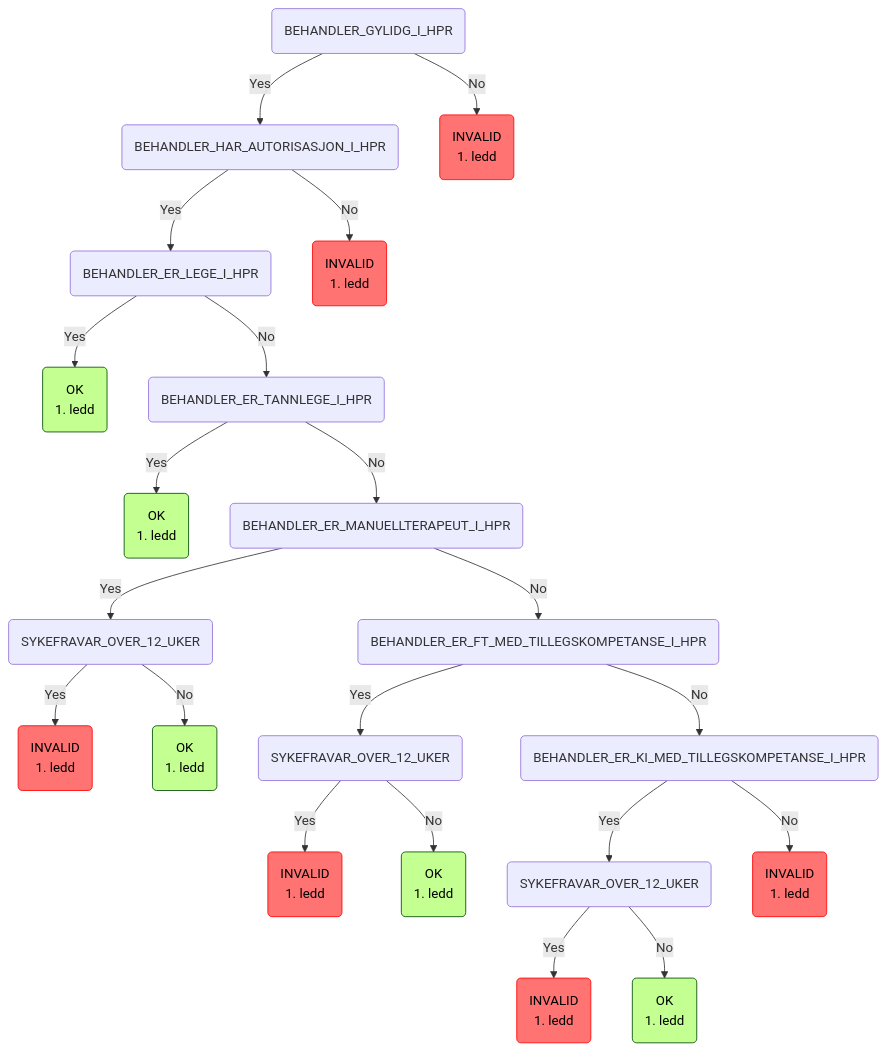
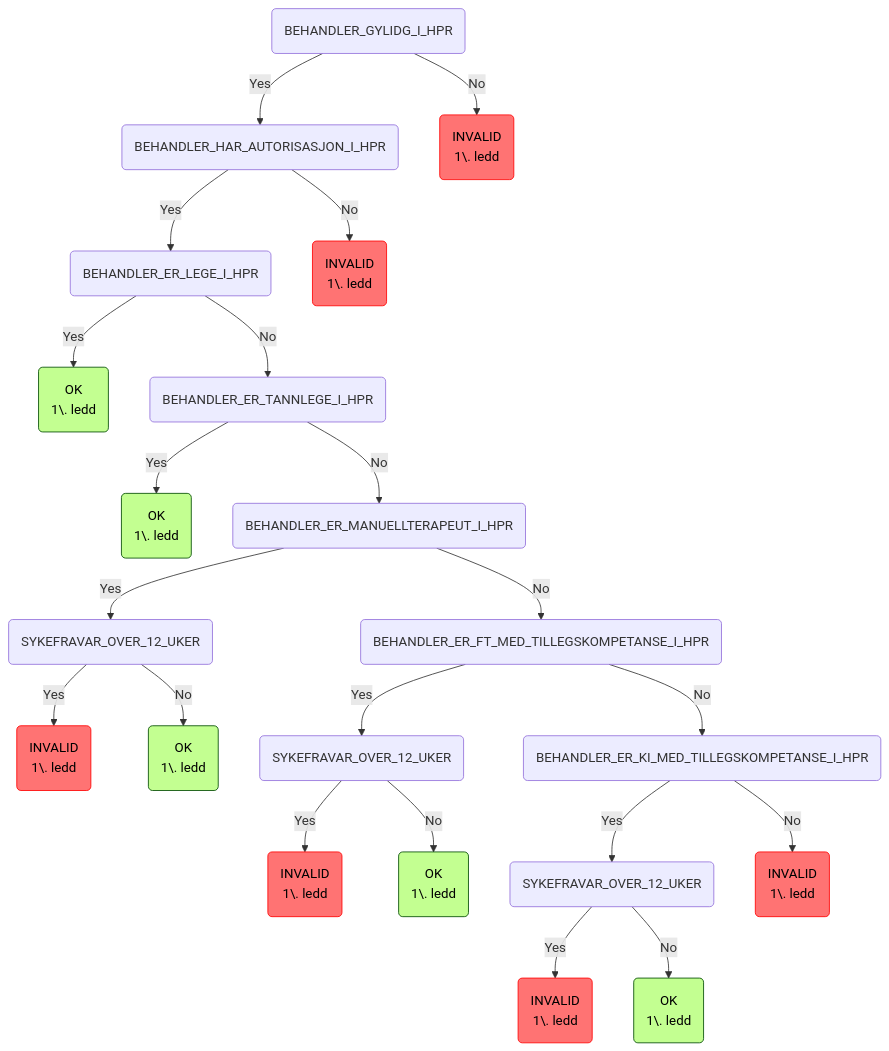
The fifth of 9 diagrams in README.md (navikt/syfosmregler), drawn with Mermaid before and after one commit. The commit also changed other lines of this file and 1 other file, not shown here.

Commit message:
Fix/mermaid (#324)

````diff
--- a/README.md
+++ b/README.md
@@ -191,37 +170,37 @@
 ```mermaid
 graph TD
     root(BEHANDLER_GYLIDG_I_HPR) -->|Yes| root_BEHANDLER_GYLIDG_I_HPR_BEHANDLER_HAR_AUTORISASJON_I_HPR(BEHANDLER_HAR_AUTORISASJON_I_HPR)
     root_BEHANDLER_GYLIDG_I_HPR_BEHANDLER_HAR_AUTORISASJON_I_HPR(BEHANDLER_HAR_AUTORISASJON_I_HPR) -->|Yes| root_BEHANDLER_GYLIDG_I_HPR_BEHANDLER_HAR_AUTORISASJON_I_HPR_BEHANDLER_ER_LEGE_I_HPR(BEHANDLER_ER_LEGE_I_HPR)
     root_BEHANDLER_GYLIDG_I_HPR_BEHANDLER_HAR_AUTORISASJON_I_HPR_BEHANDLER_ER_LEGE_I_HPR(BEHANDLER_ER_LEGE_I_HPR) -->|Yes| root_BEHANDLER_GYLIDG_I_HPR_BEHANDLER_HAR_AUTORISASJON_I_HPR_BEHANDLER_ER_LEGE_I_HPR_OK(OK
-1. ledd):::ok
+1\. ledd):::ok
     root_BEHANDLER_GYLIDG_I_HPR_BEHANDLER_HAR_AUTORISASJON_I_HPR_BEHANDLER_ER_LEGE_I_HPR(BEHANDLER_ER_LEGE_I_HPR) -->|No| root_BEHANDLER_GYLIDG_I_HPR_BEHANDLER_HAR_AUTORISASJON_I_HPR_BEHANDLER_ER_LEGE_I_HPR_BEHANDLER_ER_TANNLEGE_I_HPR(BEHANDLER_ER_TANNLEGE_I_HPR)
     root_BEHANDLER_GYLIDG_I_HPR_BEHANDLER_HAR_AUTORISASJON_I_HPR_BEHANDLER_ER_LEGE_I_HPR_BEHANDLER_ER_TANNLEGE_I_HPR(BEHANDLER_ER_TANNLEGE_I_HPR) -->|Yes| root_BEHANDLER_GYLIDG_I_HPR_BEHANDLER_HAR_AUTORISASJON_I_HPR_BEHANDLER_ER_LEGE_I_HPR_BEHANDLER_ER_TANNLEGE_I_HPR_OK(OK
-1. ledd):::ok
+1\. ledd):::ok
     root_BEHANDLER_GYLIDG_I_HPR_BEHANDLER_HAR_AUTORISASJON_I_HPR_BEHANDLER_ER_LEGE_I_HPR_BEHANDLER_ER_TANNLEGE_I_HPR(BEHANDLER_ER_TANNLEGE_I_HPR) -->|No| root_BEHANDLER_GYLIDG_I_HPR_BEHANDLER_HAR_AUTORISASJON_I_HPR_BEHANDLER_ER_LEGE_I_HPR_BEHANDLER_ER_TANNLEGE_I_HPR_BEHANDLER_ER_MANUELLTERAPEUT_I_HPR(BEHANDLER_ER_MANUELLTERAPEUT_I_HPR)
     root_BEHANDLER_GYLIDG_I_HPR_BEHANDLER_HAR_AUTORISASJON_I_HPR_BEHANDLER_ER_LEGE_I_HPR_BEHANDLER_ER_TANNLEGE_I_HPR_BEHANDLER_ER_MANUELLTERAPEUT_I_HPR(BEHANDLER_ER_MANUELLTERAPEUT_I_HPR) -->|Yes| root_BEHANDLER_GYLIDG_I_HPR_BEHANDLER_HAR_AUTORISASJON_I_HPR_BEHANDLER_ER_LEGE_I_HPR_BEHANDLER_ER_TANNLEGE_I_HPR_BEHANDLER_ER_MANUELLTERAPEUT_I_HPR_SYKEFRAVAR_OVER_12_UKER(SYKEFRAVAR_OVER_12_UKER)
     root_BEHANDLER_GYLIDG_I_HPR_BEHANDLER_HAR_AUTORISASJON_I_HPR_BEHANDLER_ER_LEGE_I_HPR_BEHANDLER_ER_TANNLEGE_I_HPR_BEHANDLER_ER_MANUELLTERAPEUT_I_HPR_SYKEFRAVAR_OVER_12_UKER(SYKEFRAVAR_OVER_12_UKER) -->|Yes| root_BEHANDLER_GYLIDG_I_HPR_BEHANDLER_HAR_AUTORISASJON_I_HPR_BEHANDLER_ER_LEGE_I_HPR_BEHANDLER_ER_TANNLEGE_I_HPR_BEHANDLER_ER_MANUELLTERAPEUT_I_HPR_SYKEFRAVAR_OVER_12_UKER_INVALID(INVALID
-1. ledd):::invalid
+1\. ledd):::invalid
     root_BEHANDLER_GYLIDG_I_HPR_BEHANDLER_HAR_AUTORISASJON_I_HPR_BEHANDLER_ER_LEGE_I_HPR_BEHANDLER_ER_TANNLEGE_I_HPR_BEHANDLER_ER_MANUELLTERAPEUT_I_HPR_SYKEFRAVAR_OVER_12_UKER(SYKEFRAVAR_OVER_12_UKER) -->|No| root_BEHANDLER_GYLIDG_I_HPR_BEHANDLER_HAR_AUTORISASJON_I_HPR_BEHANDLER_ER_LEGE_I_HPR_BEHANDLER_ER_TANNLEGE_I_HPR_BEHANDLER_ER_MANUELLTERAPEUT_I_HPR_SYKEFRAVAR_OVER_12_UKER_OK(OK
-1. ledd):::ok
+1\. ledd):::ok
     root_BEHANDLER_GYLIDG_I_HPR_BEHANDLER_HAR_AUTORISASJON_I_HPR_BEHANDLER_ER_LEGE_I_HPR_BEHANDLER_ER_TANNLEGE_I_HPR_BEHANDLER_ER_MANUELLTERAPEUT_I_HPR(BEHANDLER_ER_MANUELLTERAPEUT_I_HPR) -->|No| root_BEHANDLER_GYLIDG_I_HPR_BEHANDLER_HAR_AUTORISASJON_I_HPR_BEHANDLER_ER_LEGE_I_HPR_BEHANDLER_ER_TANNLEGE_I_HPR_BEHANDLER_ER_MANUELLTERAPEUT_I_HPR_BEHANDLER_ER_FT_MED_TILLEGSKOMPETANSE_I_HPR(BEHANDLER_ER_FT_MED_TILLEGSKOMPETANSE_I_HPR)
     root_BEHANDLER_GYLIDG_I_HPR_BEHANDLER_HAR_AUTORISASJON_I_HPR_BEHANDLER_ER_LEGE_I_HPR_BEHANDLER_ER_TANNLEGE_I_HPR_BEHANDLER_ER_MANUELLTERAPEUT_I_HPR_BEHANDLER_ER_FT_MED_TILLEGSKOMPETANSE_I_HPR(BEHANDLER_ER_FT_MED_TILLEGSKOMPETANSE_I_HPR) -->|Yes| root_BEHANDLER_GYLIDG_I_HPR_BEHANDLER_HAR_AUTORISASJON_I_HPR_BEHANDLER_ER_LEGE_I_HPR_BEHANDLER_ER_TANNLEGE_I_HPR_BEHANDLER_ER_MANUELLTERAPEUT_I_HPR_BEHANDLER_ER_FT_MED_TILLEGSKOMPETANSE_I_HPR_SYKEFRAVAR_OVER_12_UKER(SYKEFRAVAR_OVER_12_UKER)
     root_BEHANDLER_GYLIDG_I_HPR_BEHANDLER_HAR_AUTORISASJON_I_HPR_BEHANDLER_ER_LEGE_I_HPR_BEHANDLER_ER_TANNLEGE_I_HPR_BEHANDLER_ER_MANUELLTERAPEUT_I_HPR_BEHANDLER_ER_FT_MED_TILLEGSKOMPETANSE_I_HPR_SYKEFRAVAR_OVER_12_UKER(SYKEFRAVAR_OVER_12_UKER) -->|Yes| root_BEHANDLER_GYLIDG_I_HPR_BEHANDLER_HAR_AUTORISASJON_I_HPR_BEHANDLER_ER_LEGE_I_HPR_BEHANDLER_ER_TANNLEGE_I_HPR_BEHANDLER_ER_MANUELLTERAPEUT_I_HPR_BEHANDLER_ER_FT_MED_TILLEGSKOMPETANSE_I_HPR_SYKEFRAVAR_OVER_12_UKER_INVALID(INVALID
-1. ledd):::invalid
+1\. ledd):::invalid
     root_BEHANDLER_GYLIDG_I_HPR_BEHANDLER_HAR_AUTORISASJON_I_HPR_BEHANDLER_ER_LEGE_I_HPR_BEHANDLER_ER_TANNLEGE_I_HPR_BEHANDLER_ER_MANUELLTERAPEUT_I_HPR_BEHANDLER_ER_FT_MED_TILLEGSKOMPETANSE_I_HPR_SYKEFRAVAR_OVER_12_UKER(SYKEFRAVAR_OVER_12_UKER) -->|No| root_BEHANDLER_GYLIDG_I_HPR_BEHANDLER_HAR_AUTORISASJON_I_HPR_BEHANDLER_ER_LEGE_I_HPR_BEHANDLER_ER_TANNLEGE_I_HPR_BEHANDLER_ER_MANUELLTERAPEUT_I_HPR_BEHANDLER_ER_FT_MED_TILLEGSKOMPETANSE_I_HPR_SYKEFRAVAR_OVER_12_UKER_OK(OK
-1. ledd):::ok
+1\. ledd):::ok
     root_BEHANDLER_GYLIDG_I_HPR_BEHANDLER_HAR_AUTORISASJON_I_HPR_BEHANDLER_ER_LEGE_I_HPR_BEHANDLER_ER_TANNLEGE_I_HPR_BEHANDLER_ER_MANUELLTERAPEUT_I_HPR_BEHANDLER_ER_FT_MED_TILLEGSKOMPETANSE_I_HPR(BEHANDLER_ER_FT_MED_TILLEGSKOMPETANSE_I_HPR) -->|No| root_BEHANDLER_GYLIDG_I_HPR_BEHANDLER_HAR_AUTORISASJON_I_HPR_BEHANDLER_ER_LEGE_I_HPR_BEHANDLER_ER_TANNLEGE_I_HPR_BEHANDLER_ER_MANUELLTERAPEUT_I_HPR_BEHANDLER_ER_FT_MED_TILLEGSKOMPETANSE_I_HPR_BEHANDLER_ER_KI_MED_TILLEGSKOMPETANSE_I_HPR(BEHANDLER_ER_KI_MED_TILLEGSKOMPETANSE_I_HPR)
     root_BEHANDLER_GYLIDG_I_HPR_BEHANDLER_HAR_AUTORISASJON_I_HPR_BEHANDLER_ER_LEGE_I_HPR_BEHANDLER_ER_TANNLEGE_I_HPR_BEHANDLER_ER_MANUELLTERAPEUT_I_HPR_BEHANDLER_ER_FT_MED_TILLEGSKOMPETANSE_I_HPR_BEHANDLER_ER_KI_MED_TILLEGSKOMPETANSE_I_HPR(BEHANDLER_ER_KI_MED_TILLEGSKOMPETANSE_I_HPR) -->|Yes| root_BEHANDLER_GYLIDG_I_HPR_BEHANDLER_HAR_AUTORISASJON_I_HPR_BEHANDLER_ER_LEGE_I_HPR_BEHANDLER_ER_TANNLEGE_I_HPR_BEHANDLER_ER_MANUELLTERAPEUT_I_HPR_BEHANDLER_ER_FT_MED_TILLEGSKOMPETANSE_I_HPR_BEHANDLER_ER_KI_MED_TILLEGSKOMPETANSE_I_HPR_SYKEFRAVAR_OVER_12_UKER(SYKEFRAVAR_OVER_12_UKER)
     root_BEHANDLER_GYLIDG_I_HPR_BEHANDLER_HAR_AUTORISASJON_I_HPR_BEHANDLER_ER_LEGE_I_HPR_BEHANDLER_ER_TANNLEGE_I_HPR_BEHANDLER_ER_MANUELLTERAPEUT_I_HPR_BEHANDLER_ER_FT_MED_TILLEGSKOMPETANSE_I_HPR_BEHANDLER_ER_KI_MED_TILLEGSKOMPETANSE_I_HPR_SYKEFRAVAR_OVER_12_UKER(SYKEFRAVAR_OVER_12_UKER) -->|Yes| root_BEHANDLER_GYLIDG_I_HPR_BEHANDLER_HAR_AUTORISASJON_I_HPR_BEHANDLER_ER_LEGE_I_HPR_BEHANDLER_ER_TANNLEGE_I_HPR_BEHANDLER_ER_MANUELLTERAPEUT_I_HPR_BEHANDLER_ER_FT_MED_TILLEGSKOMPETANSE_I_HPR_BEHANDLER_ER_KI_MED_TILLEGSKOMPETANSE_I_HPR_SYKEFRAVAR_OVER_12_UKER_INVALID(INVALID
-1. ledd):::invalid
+1\. ledd):::invalid
     root_BEHANDLER_GYLIDG_I_HPR_BEHANDLER_HAR_AUTORISASJON_I_HPR_BEHANDLER_ER_LEGE_I_HPR_BEHANDLER_ER_TANNLEGE_I_HPR_BEHANDLER_ER_MANUELLTERAPEUT_I_HPR_BEHANDLER_ER_FT_MED_TILLEGSKOMPETANSE_I_HPR_BEHANDLER_ER_KI_MED_TILLEGSKOMPETANSE_I_HPR_SYKEFRAVAR_OVER_12_UKER(SYKEFRAVAR_OVER_12_UKER) -->|No| root_BEHANDLER_GYLIDG_I_HPR_BEHANDLER_HAR_AUTORISASJON_I_HPR_BEHANDLER_ER_LEGE_I_HPR_BEHANDLER_ER_TANNLEGE_I_HPR_BEHANDLER_ER_MANUELLTERAPEUT_I_HPR_BEHANDLER_ER_FT_MED_TILLEGSKOMPETANSE_I_HPR_BEHANDLER_ER_KI_MED_TILLEGSKOMPETANSE_I_HPR_SYKEFRAVAR_OVER_12_UKER_OK(OK
-1. ledd):::ok
+1\. ledd):::ok
     root_BEHANDLER_GYLIDG_I_HPR_BEHANDLER_HAR_AUTORISASJON_I_HPR_BEHANDLER_ER_LEGE_I_HPR_BEHANDLER_ER_TANNLEGE_I_HPR_BEHANDLER_ER_MANUELLTERAPEUT_I_HPR_BEHANDLER_ER_FT_MED_TILLEGSKOMPETANSE_I_HPR_BEHANDLER_ER_KI_MED_TILLEGSKOMPETANSE_I_HPR(BEHANDLER_ER_KI_MED_TILLEGSKOMPETANSE_I_HPR) -->|No| root_BEHANDLER_GYLIDG_I_HPR_BEHANDLER_HAR_AUTORISASJON_I_HPR_BEHANDLER_ER_LEGE_I_HPR_BEHANDLER_ER_TANNLEGE_I_HPR_BEHANDLER_ER_MANUELLTERAPEUT_I_HPR_BEHANDLER_ER_FT_MED_TILLEGSKOMPETANSE_I_HPR_BEHANDLER_ER_KI_MED_TILLEGSKOMPETANSE_I_HPR_INVALID(INVALID
-1. ledd):::invalid
+1\. ledd):::invalid
     root_BEHANDLER_GYLIDG_I_HPR_BEHANDLER_HAR_AUTORISASJON_I_HPR(BEHANDLER_HAR_AUTORISASJON_I_HPR) -->|No| root_BEHANDLER_GYLIDG_I_HPR_BEHANDLER_HAR_AUTORISASJON_I_HPR_INVALID(INVALID
-1. ledd):::invalid
+1\. ledd):::invalid
     root(BEHANDLER_GYLIDG_I_HPR) -->|No| root_BEHANDLER_GYLIDG_I_HPR_INVALID(INVALID
-1. ledd):::invalid
+1\. ledd):::invalid
     classDef ok fill:#c3ff91,stroke:#004a00,color: black;
     classDef invalid fill:#ff7373,stroke:#ff0000,color: black;
     classDef manuell fill:#ffe24f,stroke:#ffd500,color: #473c00;
 ```
````
